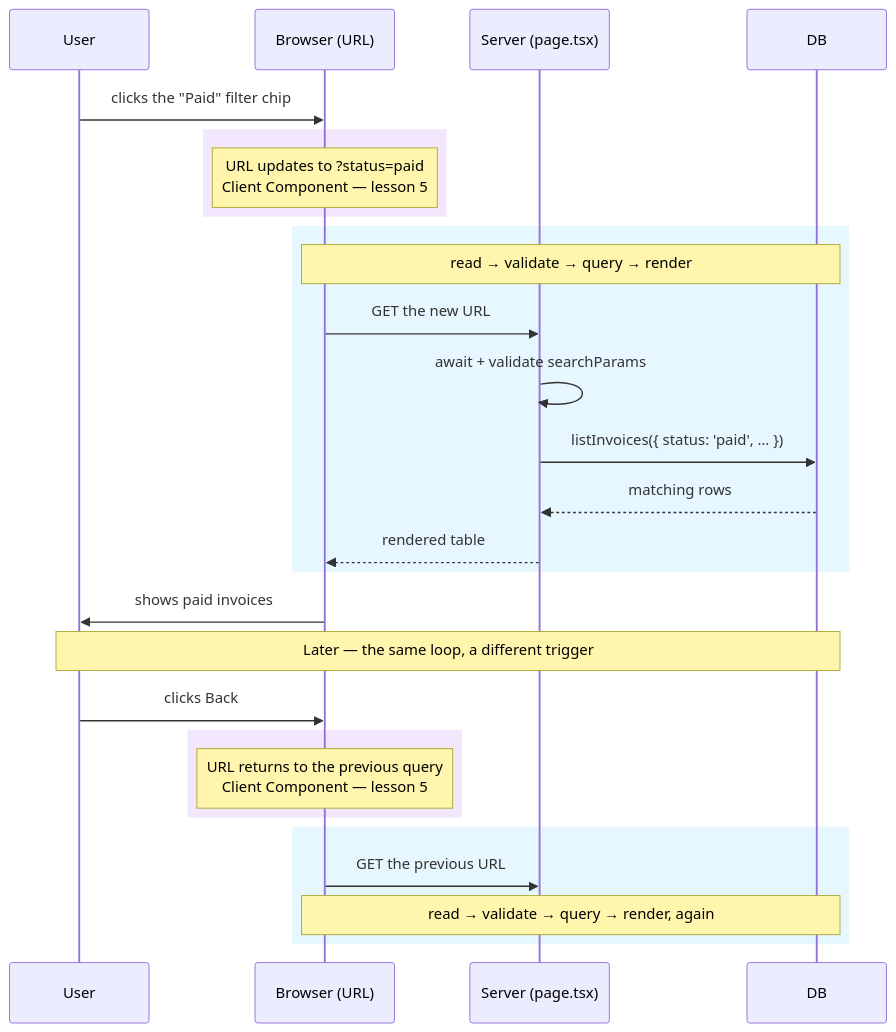
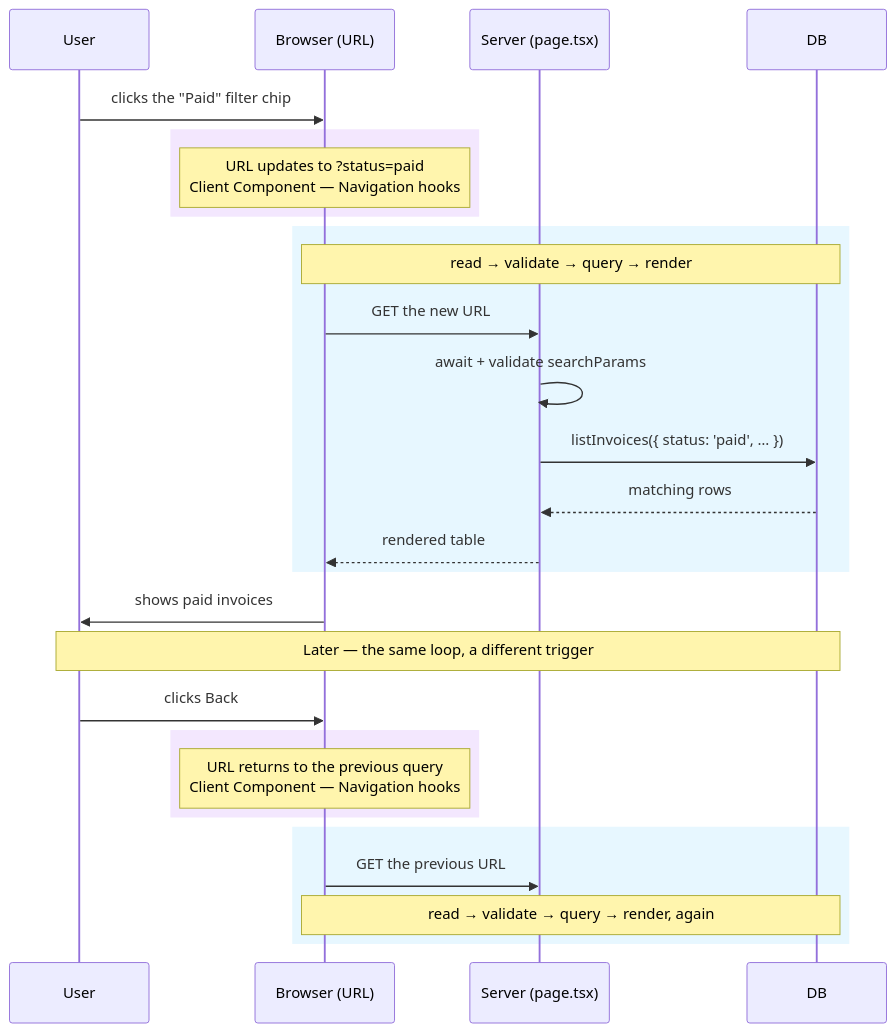
One commit to terencicp/react-saas-course changed the diagram in src/content/docs/033 The request surface/4 URL state with searchParams and route params.mdx. Above: the diagram before and after it, drawn with Mermaid. The commit also changed 121 other files, not shown here.

````diff
--- a/src/content/docs/033 The request surface/4 URL state with searchParams and route params.mdx
+++ b/src/content/docs/033 The request surface/4 URL state with searchParams and route params.mdx
@@ -278,38 +278,38 @@
 ```mermaid
 %%{init: {'themeCSS': '.messageText, .messageText tspan { font-size: 20px !important; } .actor, .actor tspan { font-size: 18px !important; } .noteText, .noteText tspan { font-size: 16px !important; }'} }%%
 sequenceDiagram
     participant U as User
     participant B as Browser (URL)
     participant S as Server (page.tsx)
     participant D as DB
 
     U->>B: clicks the "Paid" filter chip
 
     rect rgba(168, 85, 247, 0.14)
-        Note over B: URL updates to ?status=paid<br/>Client Component — lesson 5
+        Note over B: URL updates to ?status=paid<br/>Client Component — Navigation hooks
     end
 
     rect rgba(56, 189, 248, 0.12)
         Note over B,D: read → validate → query → render
         B->>S: GET the new URL
         S->>S: await + validate searchParams
         S->>D: listInvoices({ status: 'paid', … })
         D-->>S: matching rows
         S-->>B: rendered table
     end
 
     B->>U: shows paid invoices
 
     Note over U,D: Later — the same loop, a different trigger
 
     U->>B: clicks Back
 
     rect rgba(168, 85, 247, 0.14)
-        Note over B: URL returns to the previous query<br/>Client Component — lesson 5
+        Note over B: URL returns to the previous query<br/>Client Component — Navigation hooks
     end
 
     rect rgba(56, 189, 248, 0.12)
         B->>S: GET the previous URL
         Note over B,D: read → validate → query → render, again
     end
 ```
````
